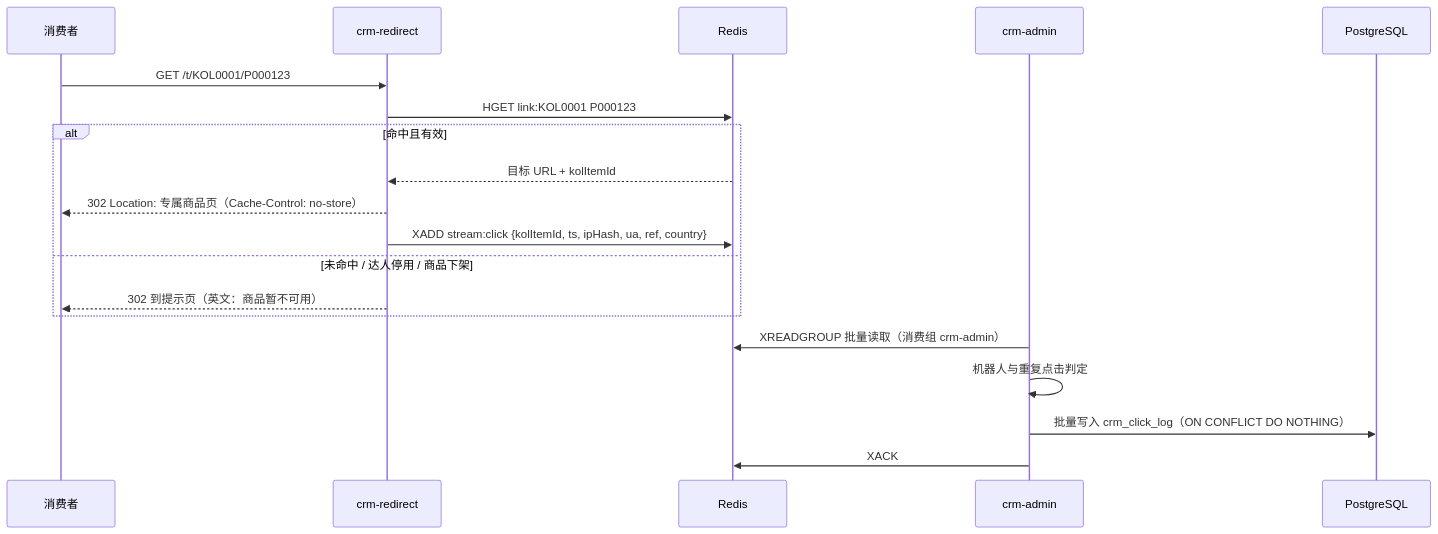
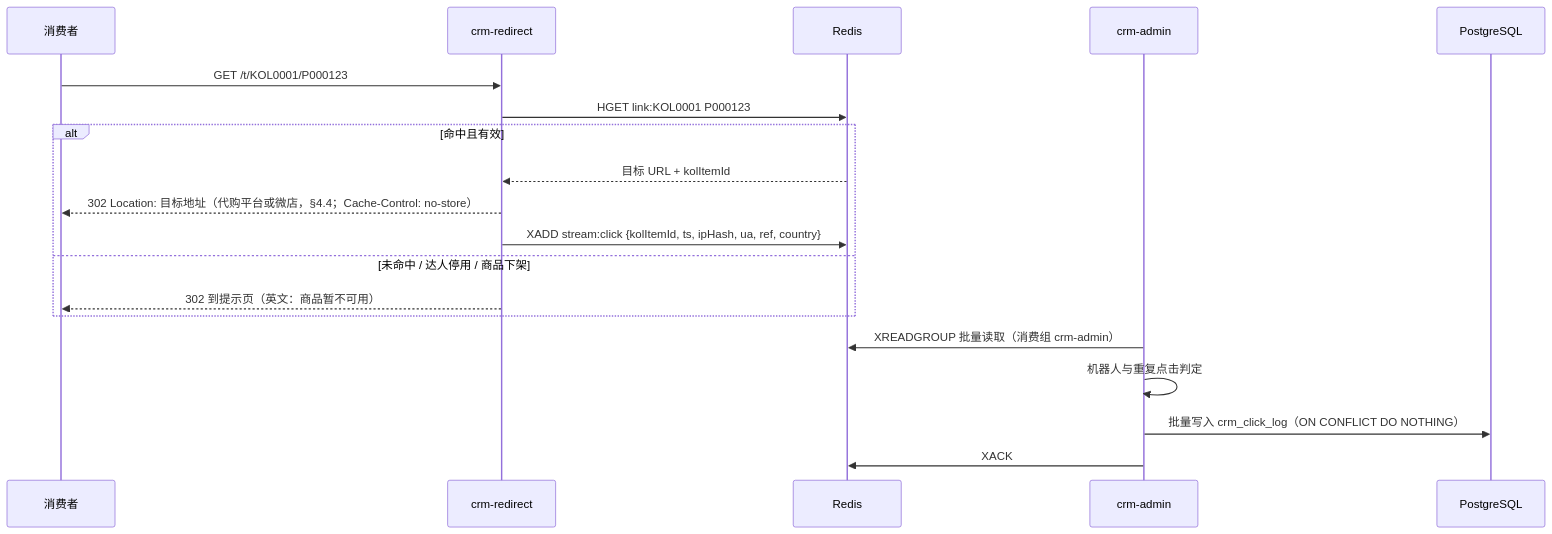
Before and after one commit to ksws00684315/t-crm: the third of 6 diagrams in docs/03-设计/系统详细设计说明书.md, drawn with Mermaid. The commit also changed other lines of this file and 7 other files, not shown here.

````diff
--- a/docs/03-设计/系统详细设计说明书.md
+++ b/docs/03-设计/系统详细设计说明书.md
@@ -401,21 +453,21 @@
 ```mermaid
 sequenceDiagram
   participant U as 消费者
   participant R as crm-redirect
   participant RS as Redis
   participant A as crm-admin
   participant DB as PostgreSQL
   U->>R: GET /t/KOL0001/P000123
   R->>RS: HGET link:KOL0001 P000123
   alt 命中且有效
     RS-->>R: 目标 URL + kolItemId
-    R-->>U: 302 Location: 专属商品页（Cache-Control: no-store）
+    R-->>U: 302 Location: 目标地址（代购平台或微店，§4.4；Cache-Control: no-store）
     R->>RS: XADD stream:click {kolItemId, ts, ipHash, ua, ref, country}
   else 未命中 / 达人停用 / 商品下架
     R-->>U: 302 到提示页（英文：商品暂不可用）
   end
   A->>RS: XREADGROUP 批量读取（消费组 crm-admin）
   A->>A: 机器人与重复点击判定
   A->>DB: 批量写入 crm_click_log（ON CONFLICT DO NOTHING）
   A->>RS: XACK
 ```
````
